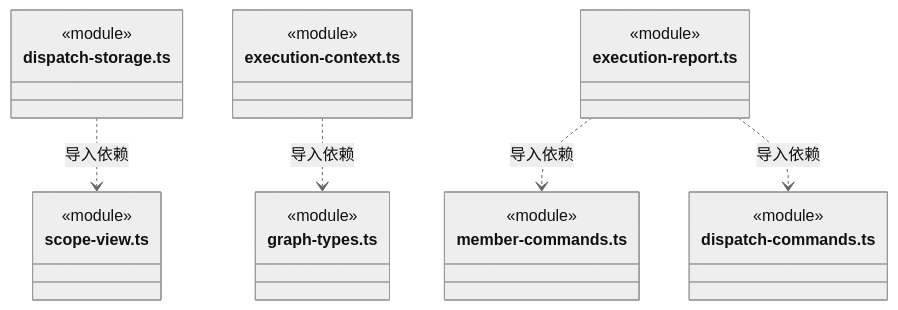
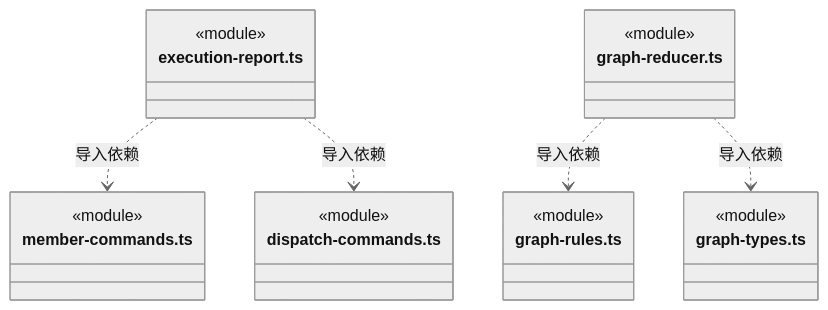
Diagram 44 of 50 in src/backend/core/tasks/ARCHITECTURE.md (nan023062/cbim), drawn with Mermaid (neutral theme) before and after one commit. The commit also changed other lines of this file and 65 other files, not shown here.

````diff
--- a/src/backend/core/tasks/ARCHITECTURE.md
+++ b/src/backend/core/tasks/ARCHITECTURE.md
@@ -1047,28 +1124,25 @@
 ```mermaid
 classDiagram
-class N_src_backend_core_tasks_dispatch_storage_ts["dispatch-storage.ts"] {
-  <<module>>
-}
-class N_src_backend_core_tasks_scope_view_ts["scope-view.ts"] {
-  <<module>>
-}
-class N_src_backend_core_tasks_execution_context_ts["execution-context.ts"] {
-  <<module>>
-}
-class N_src_backend_core_tasks_graph_types_ts["graph-types.ts"] {
-  <<module>>
-}
 class N_src_backend_core_tasks_execution_report_ts["execution-report.ts"] {
   <<module>>
 }
 class N_src_backend_core_tasks_member_commands_ts["member-commands.ts"] {
   <<module>>
 }
 class N_src_backend_core_tasks_dispatch_commands_ts["dispatch-commands.ts"] {
   <<module>>
 }
-N_src_backend_core_tasks_dispatch_storage_ts ..> N_src_backend_core_tasks_scope_view_ts : 导入依赖
-N_src_backend_core_tasks_execution_context_ts ..> N_src_backend_core_tasks_graph_types_ts : 导入依赖
+class N_src_backend_core_tasks_graph_reducer_ts["graph-reducer.ts"] {
+  <<module>>
+}
+class N_src_backend_core_tasks_graph_rules_ts["graph-rules.ts"] {
+  <<module>>
+}
+class N_src_backend_core_tasks_graph_types_ts["graph-types.ts"] {
+  <<module>>
+}
 N_src_backend_core_tasks_execution_report_ts ..> N_src_backend_core_tasks_member_commands_ts : 导入依赖
 N_src_backend_core_tasks_execution_report_ts ..> N_src_backend_core_tasks_dispatch_commands_ts : 导入依赖
+N_src_backend_core_tasks_graph_reducer_ts ..> N_src_backend_core_tasks_graph_rules_ts : 导入依赖
+N_src_backend_core_tasks_graph_reducer_ts ..> N_src_backend_core_tasks_graph_types_ts : 导入依赖
 ```
````
